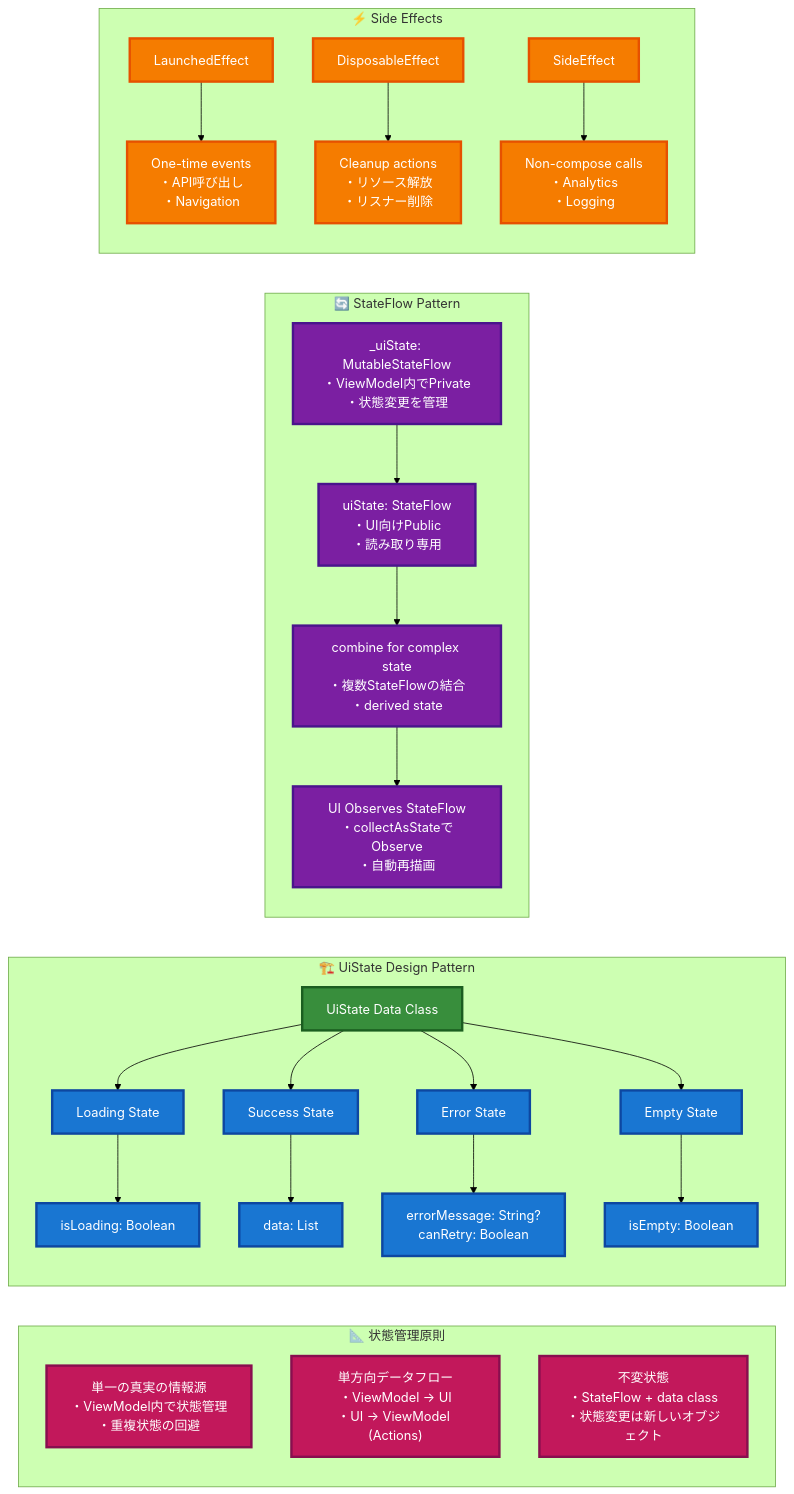
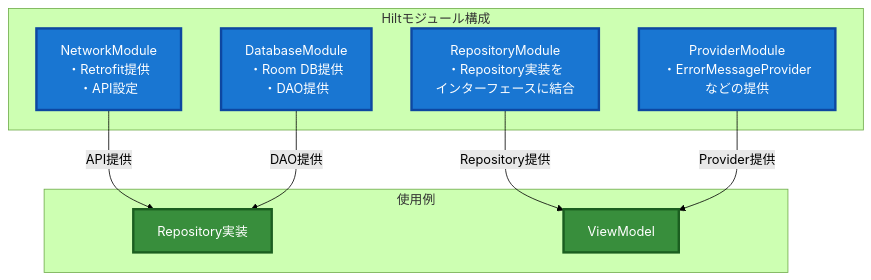
One commit to shimanukims/android-base changed the fifth of 7 diagrams in ARCHITECTURE_GUIDE.md. Above: the diagram before and after it, drawn with Mermaid (forest theme). The commit also changed other lines of this file, not shown here.

Commit message:
change architecture guide

````diff
--- a/ARCHITECTURE_GUIDE.md
+++ b/ARCHITECTURE_GUIDE.md
@@ -409,50 +427,23 @@
 ```mermaid
-graph LR
-    subgraph StateManagementPrinciples ["📐 状態管理原則"]
-        A["単一の真実の情報源<br/>・ViewModel内で状態管理<br/>・重複状態の回避"]
-        B["単方向データフロー<br/>・ViewModel → UI<br/>・UI → ViewModel (Actions)"]
-        C["不変状態<br/>・StateFlow + data class<br/>・状態変更は新しいオブジェクト"]
+flowchart TD
+    subgraph HiltModules ["Hiltモジュール構成"]
+        NetworkModule["NetworkModule<br/>・Retrofit提供<br/>・API設定"]
+        DatabaseModule["DatabaseModule<br/>・Room DB提供<br/>・DAO提供"]
+        RepositoryModule["RepositoryModule<br/>・Repository実装を<br/>インターフェースに結合"]
+        ProviderModule["ProviderModule<br/>・ErrorMessageProvider<br/>などの提供"]
     end
     
-    subgraph UiStateDesignPattern ["🏗️ UiState Design Pattern"]
-        D[UiState Data Class] --> E[Loading State]
-        D --> F[Success State]
-        D --> G[Error State]
-        D --> H[Empty State]
-        
-        E --> I["isLoading: Boolean"]
-        F --> J["data: List<T>"]
-        G --> K["errorMessage: String?<br/>canRetry: Boolean"]
-        H --> L["isEmpty: Boolean"]
+    subgraph Usage ["使用例"]
+        NetworkModule -->|API提供| RepositoryImpl["Repository実装"]
+        DatabaseModule -->|DAO提供| RepositoryImpl
+        RepositoryModule -->|Repository提供| ViewModel
+        ProviderModule -->|Provider提供| ViewModel
     end
     
-    subgraph StateFlowPattern ["🔄 StateFlow Pattern"]
-        M["_uiState: MutableStateFlow<br/>・ViewModel内でPrivate<br/>・状態変更を管理"]
-        N["uiState: StateFlow<br/>・UI向けPublic<br/>・読み取り専用"]
-        O["combine for complex state<br/>・複数StateFlowの結合<br/>・derived state"]
-        P["UI Observes StateFlow<br/>・collectAsStateでObserve<br/>・自動再描画"]
-        
-        M --> N
-        N --> O
-        O --> P
-    end
+    %% スタイリング
+    classDef moduleStyle fill:#1976d2,stroke:#0d47a1,stroke-width:3px,color:#ffffff
+    classDef usageStyle fill:#388e3c,stroke:#1b5e20,stroke-width:3px,color:#ffffff
     
-    subgraph SideEffects ["⚡ Side Effects"]
-        Q[LaunchedEffect] --> R[One-time events<br/>・API呼び出し<br/>・Navigation]
-        S[DisposableEffect] --> T[Cleanup actions<br/>・リソース解放<br/>・リスナー削除]
-        U[SideEffect] --> V[Non-compose calls<br/>・Analytics<br/>・Logging]
-    end
-    
-    %% スタイリング - VSCode対応
-    classDef principleStyle fill:#c2185b,stroke:#880e4f,stroke-width:3px,color:#ffffff
-    classDef uiStateStyle fill:#388e3c,stroke:#1b5e20,stroke-width:3px,color:#ffffff
-    classDef stateTypeStyle fill:#1976d2,stroke:#0d47a1,stroke-width:3px,color:#ffffff
-    classDef stateFlowStyle fill:#7b1fa2,stroke:#4a148c,stroke-width:3px,color:#ffffff
-    classDef sideEffectStyle fill:#f57c00,stroke:#e65100,stroke-width:3px,color:#ffffff
-    
-    class A,B,C principleStyle
-    class D uiStateStyle
-    class E,F,G,H,I,J,K,L stateTypeStyle
-    class M,N,O,P stateFlowStyle
-    class Q,R,S,T,U,V sideEffectStyle
+    class NetworkModule,DatabaseModule,RepositoryModule,ProviderModule moduleStyle
+    class RepositoryImpl,ViewModel usageStyle
 ```
````
